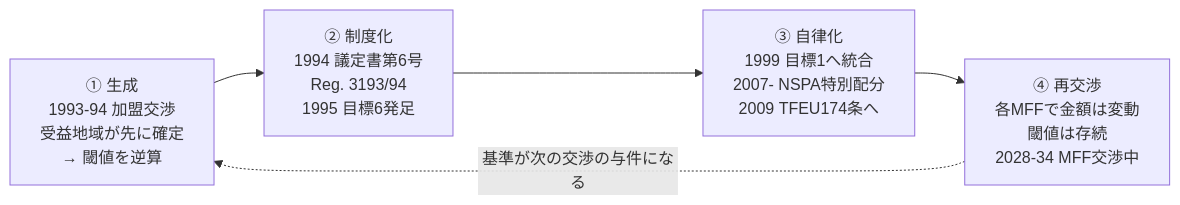
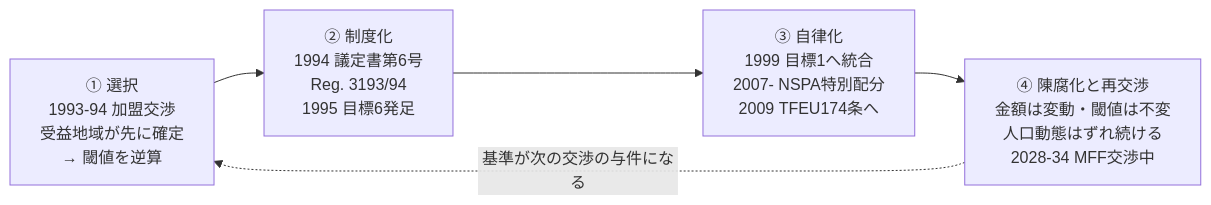
Before and after one commit to myojo1gou/glowing-parakeet: the diagram in kakenhi/01-concept.md, drawn with Mermaid. The commit also changed other lines of this file and 2 other files, not shown here.

````diff
--- a/kakenhi/01-concept.md
+++ b/kakenhi/01-concept.md
@@ -74,9 +76,9 @@
 ```mermaid
 flowchart LR
-  A["① 生成<br/>1993-94 加盟交渉<br/>受益地域が先に確定<br/>→ 閾値を逆算"]
+  A["① 選択<br/>1993-94 加盟交渉<br/>受益地域が先に確定<br/>→ 閾値を逆算"]
   B["② 制度化<br/>1994 議定書第6号<br/>Reg. 3193/94<br/>1995 目標6発足"]
   C["③ 自律化<br/>1999 目標1へ統合<br/>2007- NSPA特別配分<br/>2009 TFEU174条へ"]
-  D["④ 再交渉<br/>各MFFで金額は変動<br/>閾値は存続<br/>2028-34 MFF交渉中"]
+  D["④ 陳腐化と再交渉<br/>金額は変動・閾値は不変<br/>人口動態はずれ続ける<br/>2028-34 MFF交渉中"]
   A --> B --> C --> D
   D -.->|"基準が次の交渉の与件になる"| A
 ```
````
